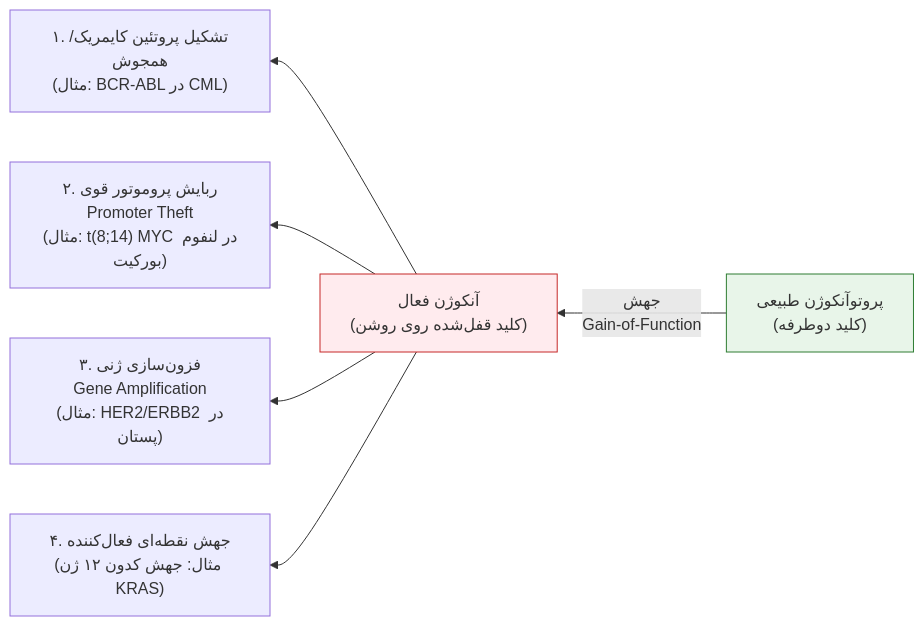
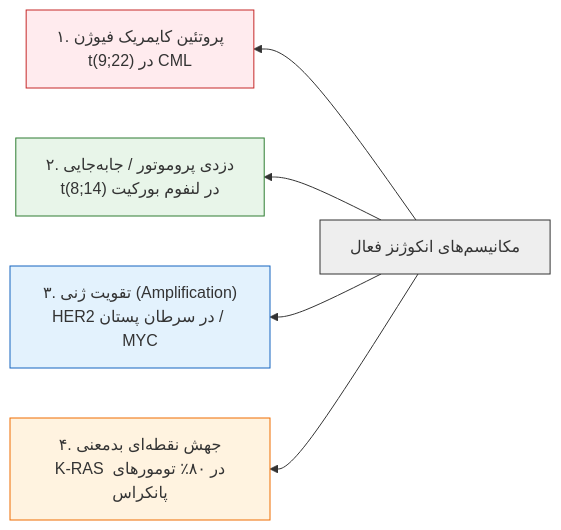
Before and after one commit to neopulse-hub/-TUMS-1402-2-material-notes-: the second of 6 diagrams in 05/ژنتیک پزشکی/کامل/17.md, drawn with Mermaid. The commit also changed other lines of this file, not shown here.

````diff
--- a/05/ژنتیک پزشکی/کامل/17.md
+++ b/05/ژنتیک پزشکی/کامل/17.md
@@ -40,11 +84,12 @@
 ```mermaid
 flowchart RL
-    classDef proto fill:#e8f5e9,stroke:#2e7d32,stroke-width:1px;
-    classDef onco fill:#ffebee,stroke:#c62828,stroke-width:1px;
-
-    P["پروتوآنکوژن طبیعی<br>(کلید دوطرفه)"]:::proto -->|جهش<br>Gain-of-Function| O["آنکوژن فعال<br>(کلید قفل‌شده روی روشن)"]:::onco
-    O --> M1["۱. تشکیل پروتئین کایمریک/همجوش<br>(مثال: BCR-ABL در CML)"]
-    O --> M2["۲. ربایش پروموتور قوی<br>Promoter Theft<br>(مثال: t(8;14) MYC در لنفوم بورکیت)"]
-    O --> M3["۳. فزون‌سازی ژنی<br>Gene Amplification<br>(مثال: HER2/ERBB2 در پستان)"]
-    O --> M4["۴. جهش نقطه‌ای فعال‌کننده<br>(مثال: جهش کدون ۱۲ ژن KRAS)"]
+    A["مکانیسم‌های انکوژنز فعال"] --> B["۱. پروتئین کایمریک فیوژن<br>t(9;22) در CML"]
+    A --> C["۲. دزدی پروموتور / جابه‌جایی<br>t(8;14) در لنفوم بورکیت"]
+    A --> D["۳. تقویت ژنی (Amplification)<br>HER2 در سرطان پستان / MYC"]
+    A --> E["۴. جهش نقطه‌ای بدمعنی<br>K-RAS در ۸۰٪ تومورهای پانکراس"]
+    style A fill:#eee,stroke:#333
+    style B fill:#ffebee,stroke:#c62828
+    style C fill:#e8f5e9,stroke:#2e7d32
+    style D fill:#e3f2fd,stroke:#1565c0
+    style E fill:#fff3e0,stroke:#ef6c00
 ```
````
